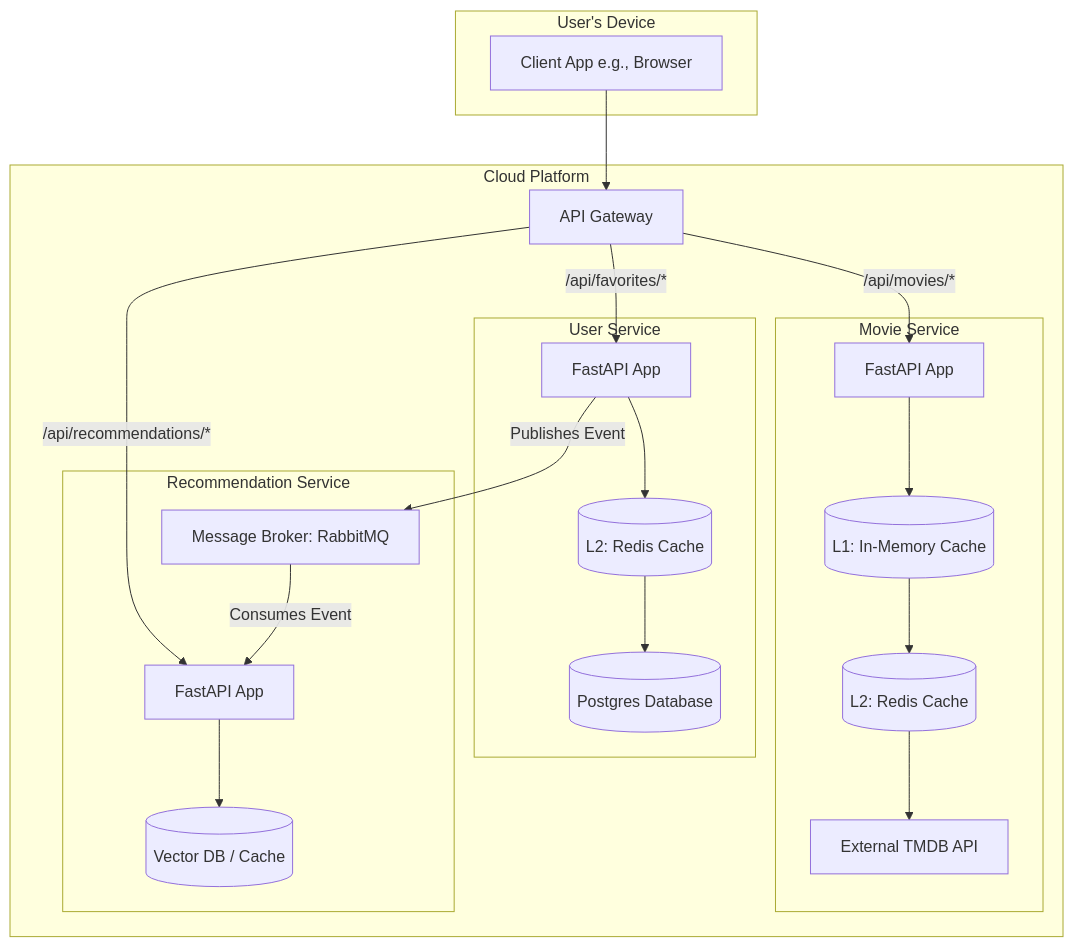
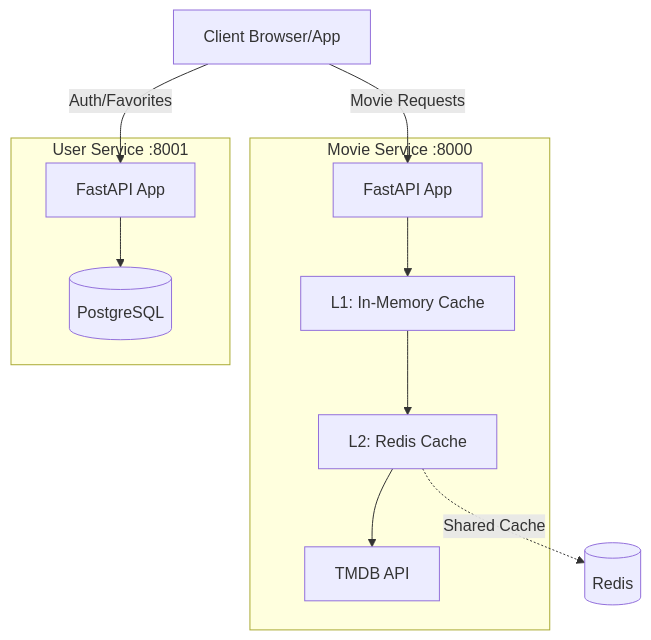
One commit to Diljit22/movie_api changed the diagram in README.md. Above: the diagram before and after it, drawn with Mermaid. The commit also changed other lines of this file and 1 other file, not shown here.

````diff
--- a/README.md
+++ b/README.md
@@ -88,41 +231,24 @@
 ```mermaid
 graph TD
-    subgraph "User's Device"
-        Client[Client App e.g., Browser]
+    Client[Client Browser/App]
+    
+    subgraph "Movie Service :8000"
+        MovieAPI[FastAPI App]
+        L1[L1: In-Memory Cache]
+        L2[L2: Redis Cache]
+        TMDB[TMDB API]
     end
-
-    subgraph "Cloud Platform"
-        API_Gateway[API Gateway]
-
-        subgraph "Movie Service"
-            Movie_API[FastAPI App]
-            L1_Cache_Movie[(L1: In-Memory Cache)]
-            L2_Cache_Movie[(L2: Redis Cache)]
-            TMDB_API[External TMDB API]
-        end
-
-        subgraph "User Service"
-            User_API[FastAPI App]
-            Postgres_DB[(Postgres Database)]
-            L2_Cache_User[(L2: Redis Cache)]
-        end
-
-        subgraph "Recommendation Service"
-            Reco_API[FastAPI App]
-            Message_Broker[Message Broker: RabbitMQ]
-            Reco_DB[(Vector DB / Cache)]
-        end
+    
+    subgraph "User Service :8001"
+        UserAPI[FastAPI App]
+        Postgres[(PostgreSQL)]
     end
-
-    Client --> API_Gateway
-    API_Gateway -->|/api/movies/*| Movie_API
-    API_Gateway -->|/api/favorites/*| User_API
-    API_Gateway -->|/api/recommendations/*| Reco_API
-
-    Movie_API --> L1_Cache_Movie --> L2_Cache_Movie --> TMDB_API
-    User_API --> L2_Cache_User --> Postgres_DB
-
-    User_API -- Publishes Event --> Message_Broker
-    Message_Broker -- Consumes Event --> Reco_API
-    Reco_API --> Reco_DB
+    
+    Client -->|Movie Requests| MovieAPI
+    Client -->|Auth/Favorites| UserAPI
+    
+    MovieAPI --> L1 --> L2 --> TMDB
+    UserAPI --> Postgres
+    
+    L2 -.->|Shared Cache| Redis[(Redis)]
 ```
````
